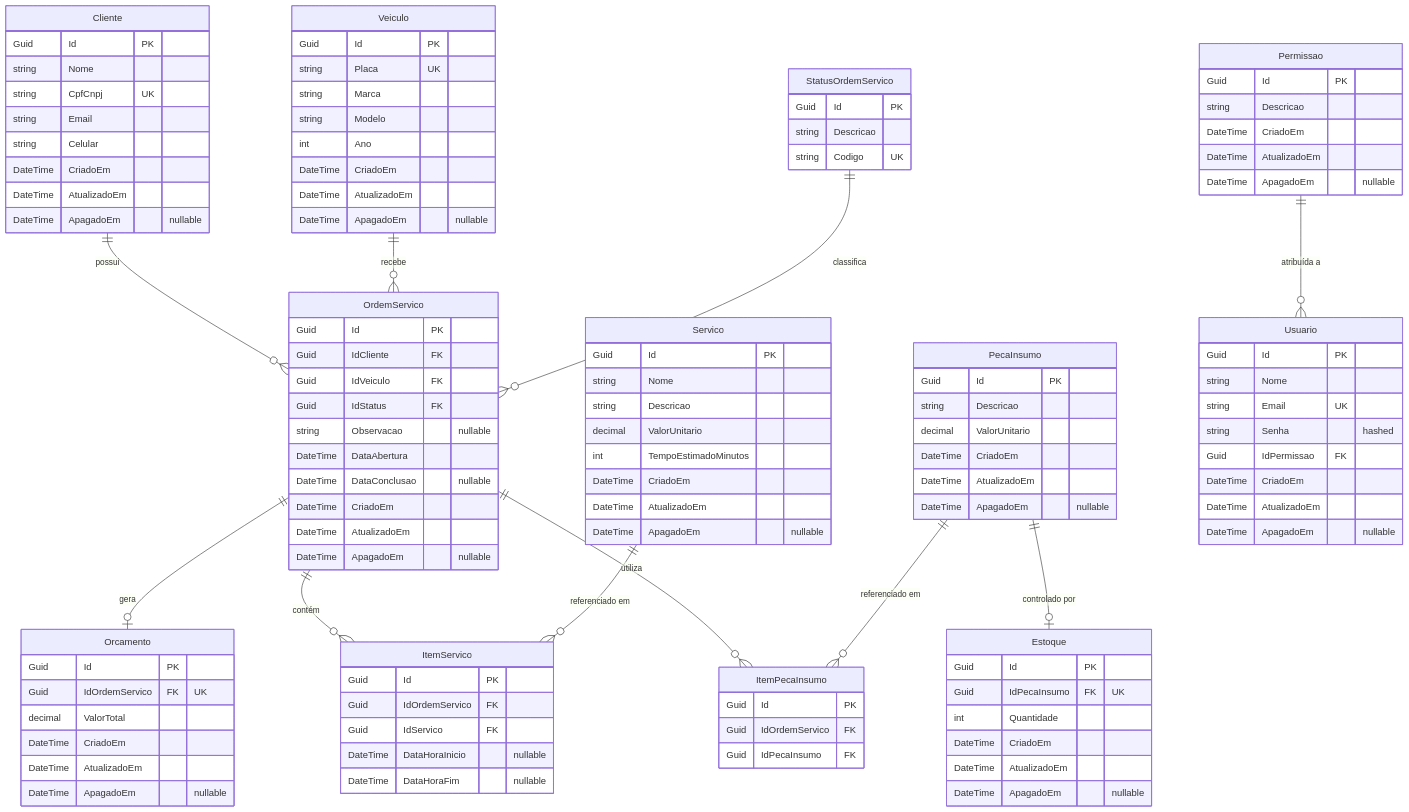
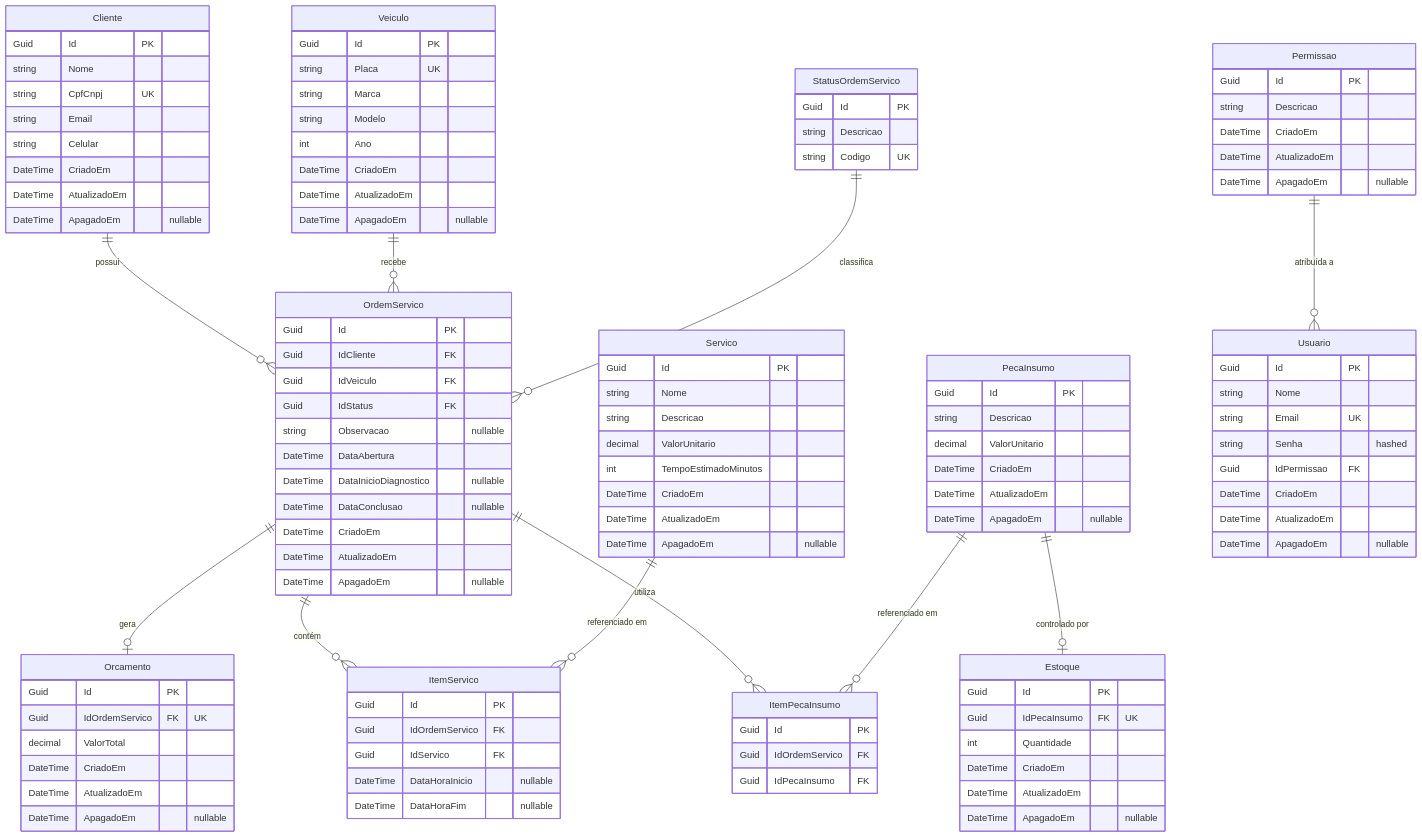
Before and after one commit to SOAT-FIAP-2026/fase1-tech-challenge: the first of 2 diagrams in docs/database-model.md, drawn with Mermaid. The commit also changed other lines of this file and 1 other file, not shown here.

First line of the commit message:
docs: add data_inicio_diagnostico to the ER and record this round's results

```diff
--- a/docs/database-model.md
+++ b/docs/database-model.md
@@ -63,6 +64,7 @@
         Guid IdStatus FK
         string Observacao "nullable"
         DateTime DataAbertura
+        DateTime DataInicioDiagnostico "nullable"
         DateTime DataConclusao "nullable"
         DateTime CriadoEm
         DateTime AtualizadoEm
```
